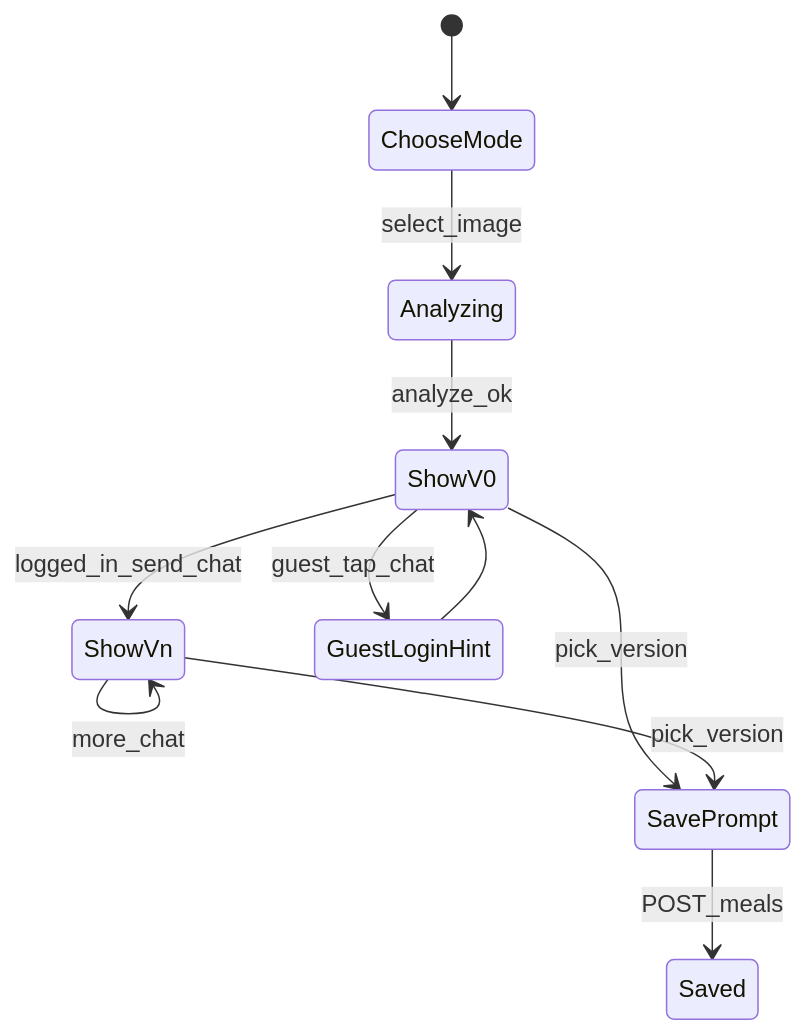
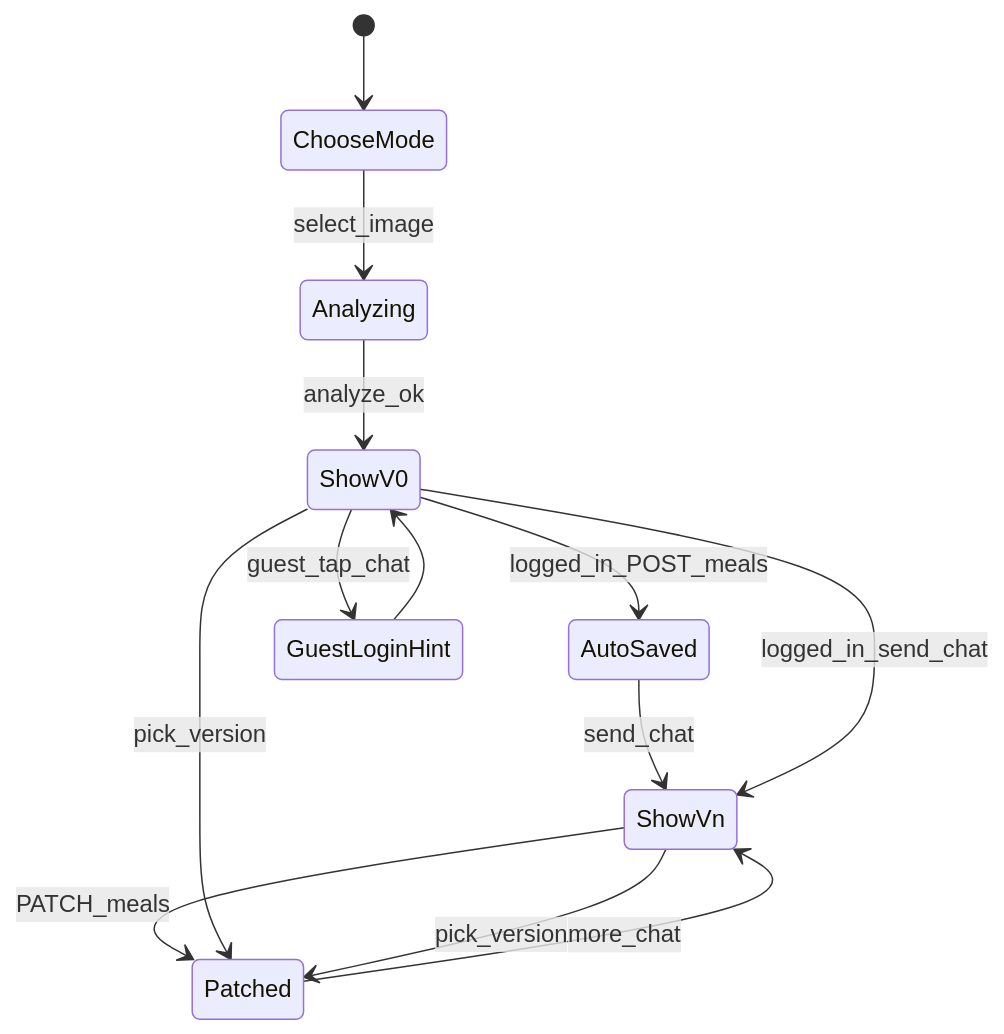
Before and after one commit to chengchakkwong/boompala: the third of 3 diagrams in docs/PLAN-v1.md, drawn with Mermaid. The commit also changed other lines of this file and 5 other files, not shown here.

Commit message:
feat(ui): auto-save diary on analyze with patch sync

````diff
--- a/docs/PLAN-v1.md
+++ b/docs/PLAN-v1.md
@@ -460,13 +461,15 @@
 ```mermaid
 stateDiagram-v2
   [*] --> ChooseMode
   ChooseMode --> Analyzing: select_image
   Analyzing --> ShowV0: analyze_ok
+  ShowV0 --> AutoSaved: logged_in_POST_meals
+  AutoSaved --> ShowVn: send_chat
   ShowV0 --> ShowVn: logged_in_send_chat
   ShowV0 --> GuestLoginHint: guest_tap_chat
   GuestLoginHint --> ShowV0
-  ShowVn --> ShowVn: more_chat
-  ShowV0 --> SavePrompt: pick_version
-  ShowVn --> SavePrompt: pick_version
-  SavePrompt --> Saved: POST_meals
+  ShowVn --> Patched: PATCH_meals
+  Patched --> ShowVn: more_chat
+  ShowV0 --> Patched: pick_version
+  ShowVn --> Patched: pick_version
 ```
````
